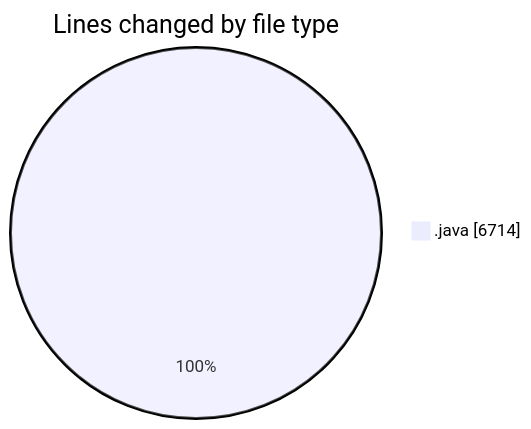
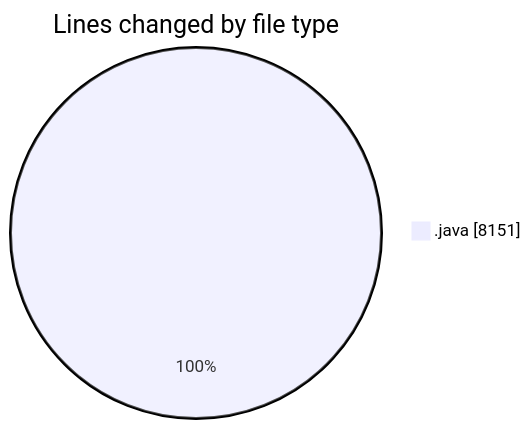
The first of 2 diagrams in 2026-03-04/cilapp/README.md (ricardozamudiocil/code-tracking), drawn with Mermaid before and after one commit. The commit also changed other lines of this file and 1 other file, not shown here.

````diff
--- a/2026-03-04/cilapp/README.md
+++ b/2026-03-04/cilapp/README.md
@@ -25,5 +25,5 @@
 ```mermaid
 pie showData
 title Lines changed by file type
-".java" : 6714
+".java" : 8151
 ```
````
